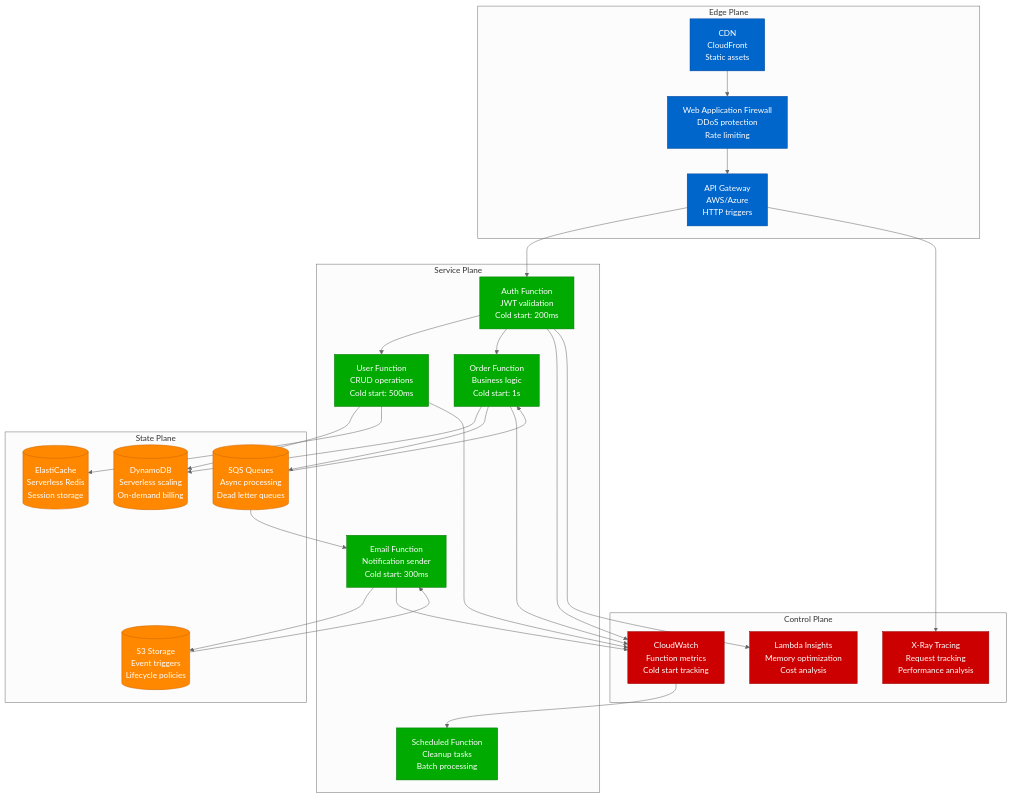
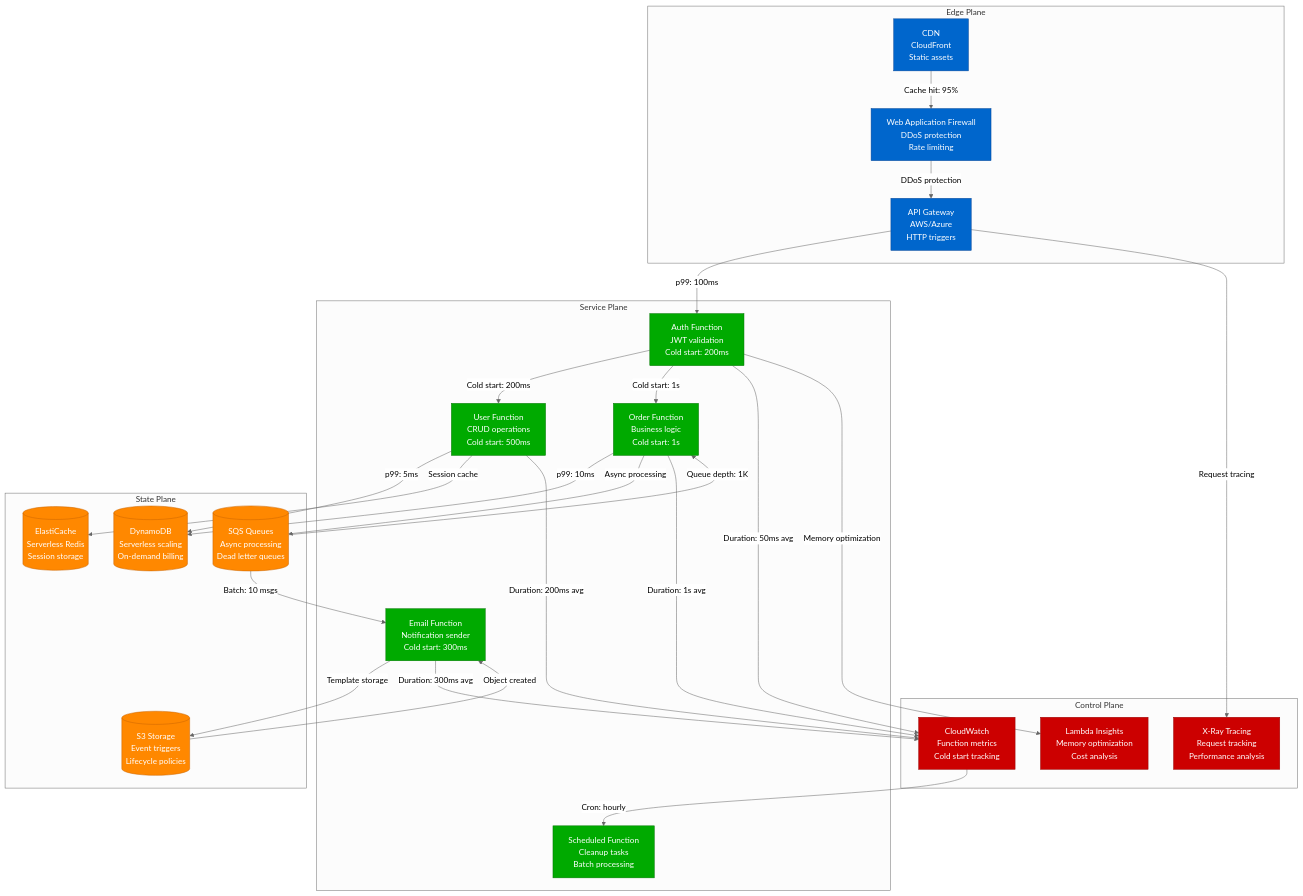
One commit to deepaucksharma/DS changed the seventh of 11 diagrams in site/docs/patterns/system-patterns.md. Above: the diagram before and after it, drawn with Mermaid (neutral theme). The commit also changed other lines of this file and 108 other files, not shown here.

````diff
--- a/site/docs/patterns/system-patterns.md
+++ b/site/docs/patterns/system-patterns.md
@@ -514,69 +514,69 @@
 ```mermaid
 graph TB
     subgraph EdgePlane[Edge Plane]
         CDN[CDN<br/>CloudFront<br/>Static assets]
         API_GW[API Gateway<br/>AWS/Azure<br/>HTTP triggers]
         WAF[Web Application Firewall<br/>DDoS protection<br/>Rate limiting]
     end
 
     subgraph ServicePlane[Service Plane]
         AUTH_FN[Auth Function<br/>JWT validation<br/>Cold start: 200ms]
         USER_FN[User Function<br/>CRUD operations<br/>Cold start: 500ms]
         ORDER_FN[Order Function<br/>Business logic<br/>Cold start: 1s]
         EMAIL_FN[Email Function<br/>Notification sender<br/>Cold start: 300ms]
         CRON_FN[Scheduled Function<br/>Cleanup tasks<br/>Batch processing]
     end
 
     subgraph StatePlane[State Plane]
         DYNAMO[(DynamoDB<br/>Serverless scaling<br/>On-demand billing)]
         S3[(S3 Storage<br/>Event triggers<br/>Lifecycle policies)]
         SQS[(SQS Queues<br/>Async processing<br/>Dead letter queues)]
         REDIS[(ElastiCache<br/>Serverless Redis<br/>Session storage)]
     end
 
     subgraph ControlPlane[Control Plane]
         CLOUDWATCH[CloudWatch<br/>Function metrics<br/>Cold start tracking]
         XRAY[X-Ray Tracing<br/>Request tracking<br/>Performance analysis]
         LAMBDA_INSIGHTS[Lambda Insights<br/>Memory optimization<br/>Cost analysis]
     end
 
     %% Request flow
-    CDN --> WAF
-    WAF --> API_GW
-    API_GW --> AUTH_FN
-    AUTH_FN --> USER_FN
-    AUTH_FN --> ORDER_FN
+    CDN -->|Cache hit: 95%| WAF
+    WAF -->|DDoS protection| API_GW
+    API_GW -->|p99: 100ms| AUTH_FN
+    AUTH_FN -->|Cold start: 200ms| USER_FN
+    AUTH_FN -->|Cold start: 1s| ORDER_FN
 
     %% Event-driven flow
-    S3 --> EMAIL_FN
-    SQS --> ORDER_FN
-    SQS --> EMAIL_FN
+    S3 -->|Object created| EMAIL_FN
+    SQS -->|Queue depth: 1K| ORDER_FN
+    SQS -->|Batch: 10 msgs| EMAIL_FN
 
     %% Scheduled
-    CLOUDWATCH --> CRON_FN
+    CLOUDWATCH -->|Cron: hourly| CRON_FN
 
     %% Data access
-    USER_FN --> DYNAMO
-    ORDER_FN --> DYNAMO
-    USER_FN --> REDIS
-    EMAIL_FN --> S3
-    ORDER_FN --> SQS
+    USER_FN -->|p99: 5ms| DYNAMO
+    ORDER_FN -->|p99: 10ms| DYNAMO
+    USER_FN -->|Session cache| REDIS
+    EMAIL_FN -->|Template storage| S3
+    ORDER_FN -->|Async processing| SQS
 
     %% Monitoring
-    AUTH_FN --> CLOUDWATCH
-    USER_FN --> CLOUDWATCH
-    ORDER_FN --> CLOUDWATCH
-    EMAIL_FN --> CLOUDWATCH
-    API_GW --> XRAY
-    AUTH_FN --> LAMBDA_INSIGHTS
+    AUTH_FN -->|Duration: 50ms avg| CLOUDWATCH
+    USER_FN -->|Duration: 200ms avg| CLOUDWATCH
+    ORDER_FN -->|Duration: 1s avg| CLOUDWATCH
+    EMAIL_FN -->|Duration: 300ms avg| CLOUDWATCH
+    API_GW -->|Request tracing| XRAY
+    AUTH_FN -->|Memory optimization| LAMBDA_INSIGHTS
 
     classDef edgeStyle fill:#0066CC,stroke:#004499,color:#fff
     classDef serviceStyle fill:#00AA00,stroke:#007700,color:#fff
     classDef stateStyle fill:#FF8800,stroke:#CC6600,color:#fff
     classDef controlStyle fill:#CC0000,stroke:#990000,color:#fff
 
     class CDN,API_GW,WAF edgeStyle
     class AUTH_FN,USER_FN,ORDER_FN,EMAIL_FN,CRON_FN serviceStyle
     class DYNAMO,S3,SQS,REDIS stateStyle
     class CLOUDWATCH,XRAY,LAMBDA_INSIGHTS controlStyle
 ```
````
